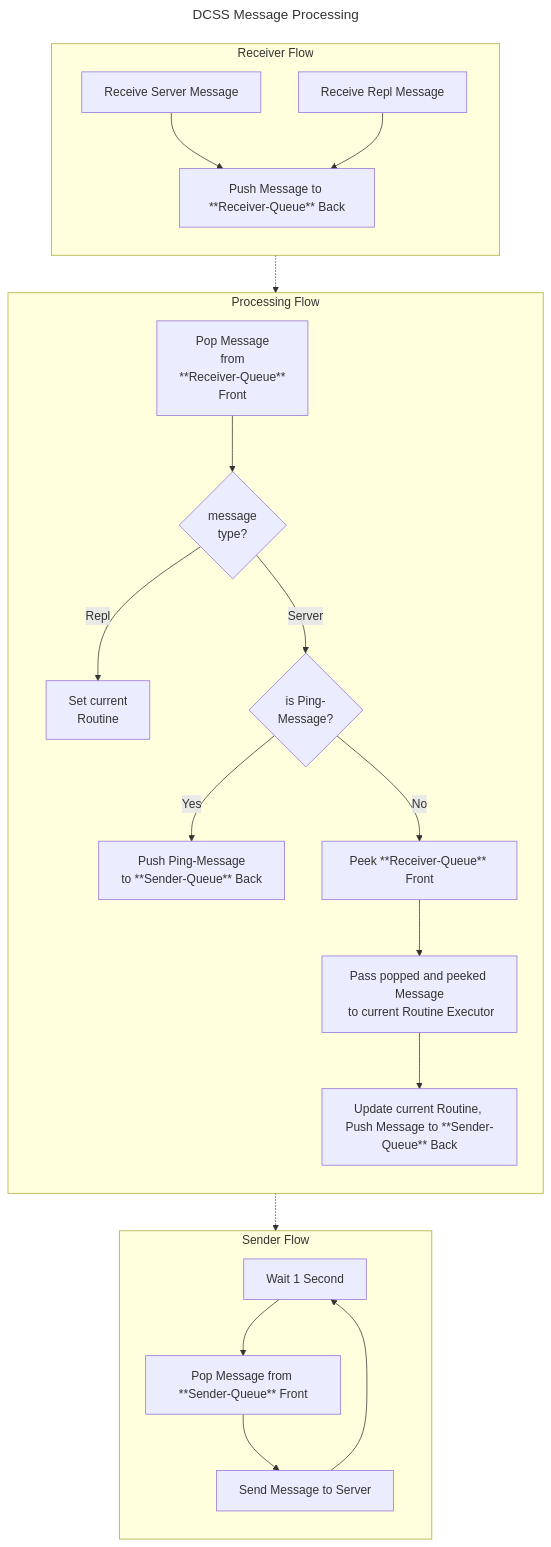
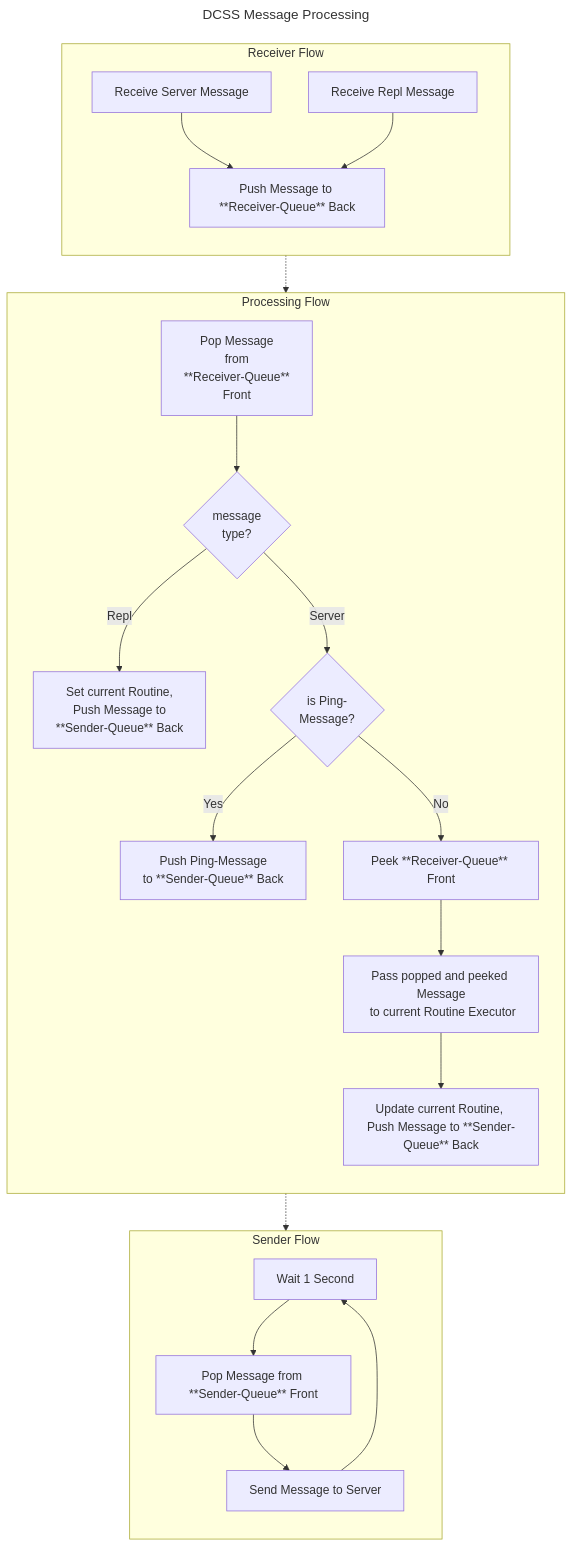
Before and after one commit to golmman/crawlbot2: the diagram in flow.mmd, drawn with Mermaid. The commit also changed 3 other files, not shown here.

```diff
--- a/flow.mmd
+++ b/flow.mmd
@@ -1,49 +1,49 @@
 ---
 title: DCSS Message Processing
 ---
 flowchart TB
 
 receiver -.-> processing -.-> sender
 
 subgraph receiver[Receiver Flow]
     direction TB
     receiver_server[Receive Server Message]
     receiver_repl[Receive Repl Message]
     receiver_push[Push Message to **Receiver-Queue** Back]
 
     receiver_server --> receiver_push
     receiver_repl --> receiver_push
 end
 
 subgraph sender[Sender Flow]
     direction TB
     sender_wait[Wait 1 Second]
     sender_pop[Pop Message from **Sender-Queue** Front]
     sender_send[Send Message to Server]
 
     sender_wait --> sender_pop
     sender_pop --> sender_send
     sender_send --> sender_wait
 end
 
 subgraph processing[Processing Flow]
     direction TB
     processing_pop[Pop Message<br> from<br> **Receiver-Queue**<br> Front]
     processing_decide_type{message<br>type?}
-    processing_set_routine[Set current<br> Routine]
+    processing_set_routine[Set current Routine,<br> Push Message to<br> **Sender-Queue** Back]
     processing_decide_ping{is Ping-<br>Message?}
     processing_push[Push Ping-Message<br> to **Sender-Queue** Back]
     processing_prepare_execution[Peek **Receiver-Queue** Front]
     processing_execute[Pass popped and peeked Message<br> to current Routine Executor]
     processing_update_routine[Update current Routine, Push Message to **Sender-Queue** Back]
 
     processing_pop --> processing_decide_type
     processing_decide_type -->|Repl| processing_set_routine
     processing_decide_type -->|Server| processing_decide_ping
 
     processing_decide_ping -->|Yes| processing_push
     processing_decide_ping -->|No| processing_prepare_execution
     processing_prepare_execution --> processing_execute
 
     processing_execute --> processing_update_routine
 end
```
